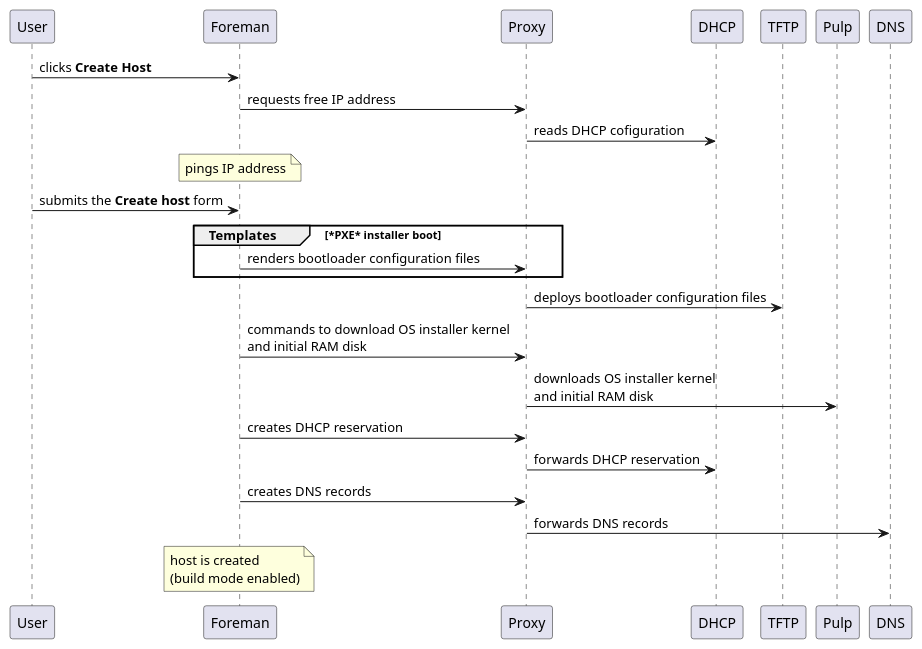
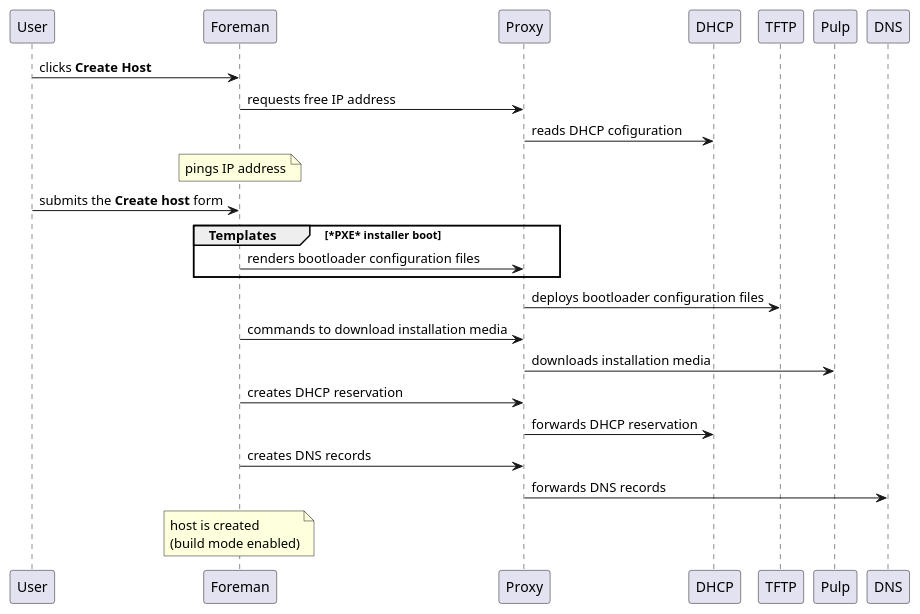
Before and after one commit to theforeman/foreman-documentation: the diagram in guides/image-sources/prov-create-host-pxe.iuml, drawn with PlantUML. The commit also changed 8 other files, not shown here.

```diff
--- a/guides/image-sources/prov-create-host-pxe.iuml
+++ b/guides/image-sources/prov-create-host-pxe.iuml
@@ -1,16 +1,16 @@
 User -> Foreman : clicks **Create Host**
 Foreman -> Proxy : requests free IP address
 Proxy -> DHCP : reads DHCP cofiguration
 note over Foreman : pings IP address
 User -> Foreman : submits the **Create host** form
 group Templates [*PXE* installer boot]
     Foreman -> Proxy : renders bootloader configuration files
 end
 Proxy -> TFTP : deploys bootloader configuration files
-Foreman -> Proxy : commands to download OS installer kernel\nand initial RAM disk
-Proxy -> Pulp : downloads OS installer kernel\nand initial RAM disk
+Foreman -> Proxy : commands to download installation media
+Proxy -> Pulp : downloads installation media
 Foreman -> Proxy : creates DHCP reservation
 Proxy -> DHCP : forwards DHCP reservation
 Foreman -> Proxy : creates DNS records
 Proxy -> DNS : forwards DNS records
 note over Foreman : host is created\n(build mode enabled)
```
